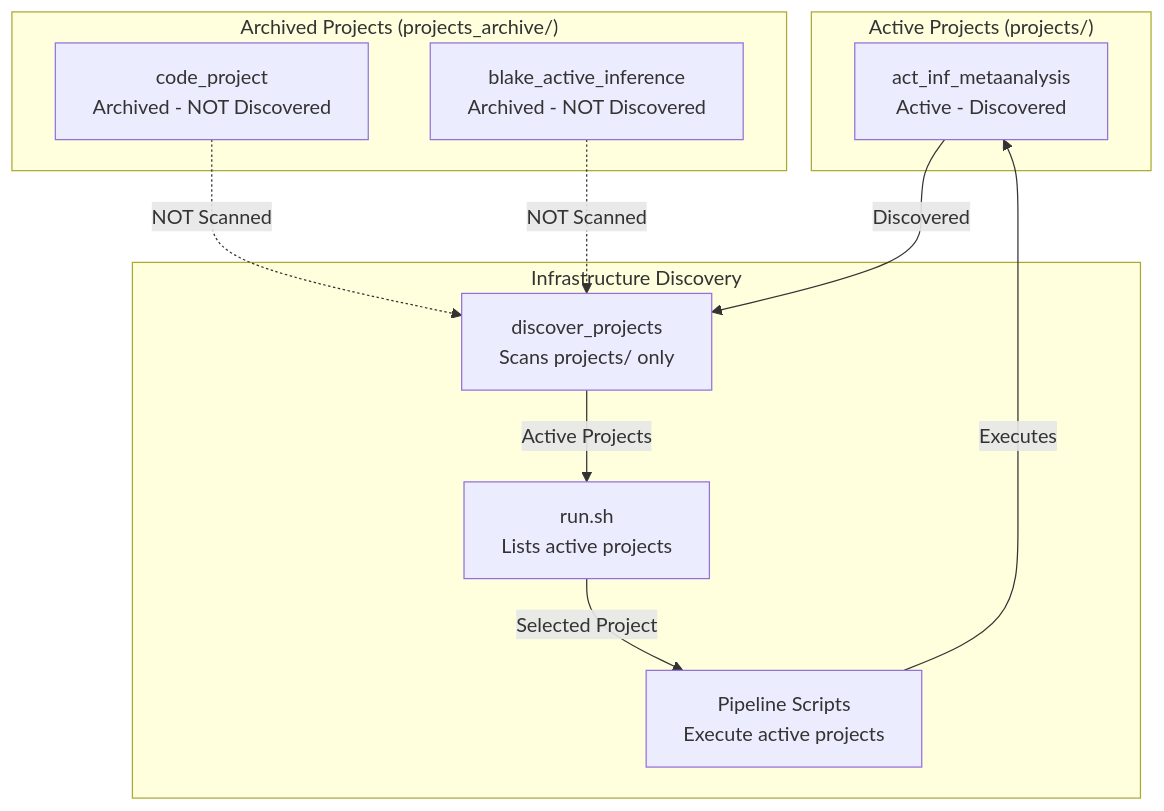
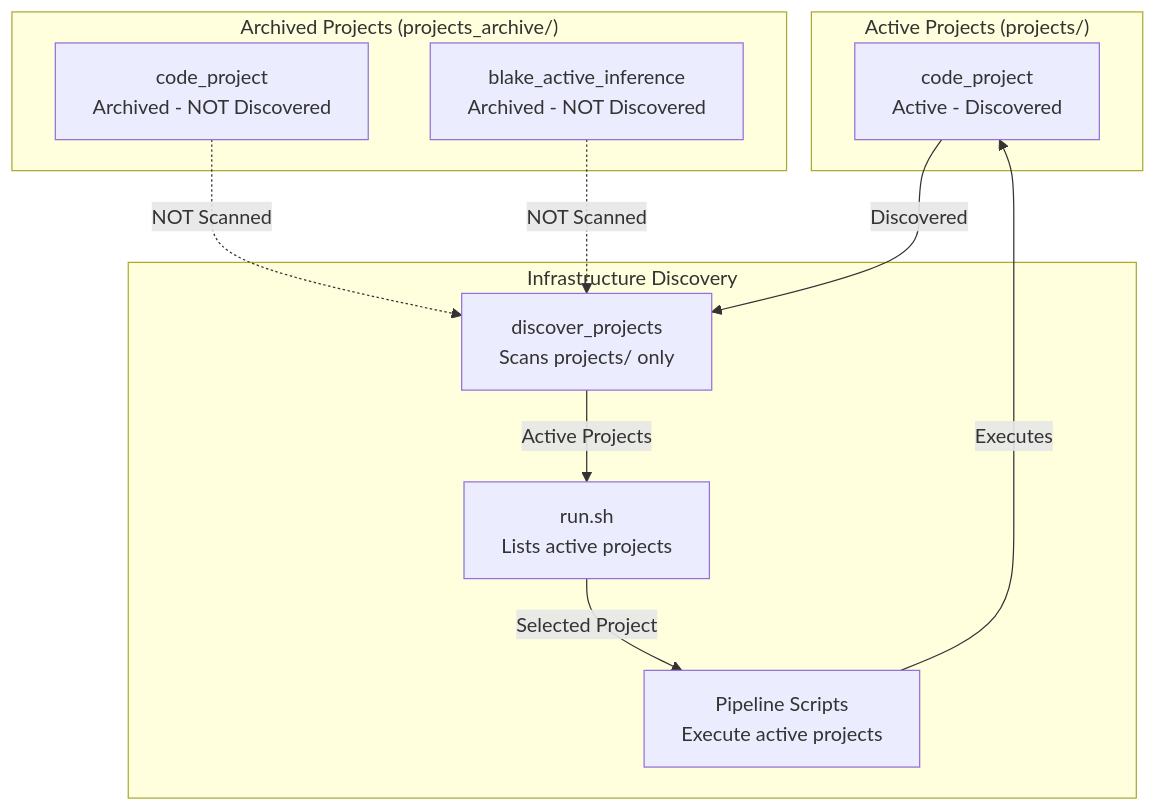
One commit to docxology/template changed the diagram in projects/AGENTS.md. Above: the diagram before and after it, drawn with Mermaid. The commit also changed other lines of this file and 787 other files, not shown here.

````diff
--- a/projects/AGENTS.md
+++ b/projects/AGENTS.md
@@ -61,25 +61,25 @@
 ```mermaid
 graph TD
     subgraph Active["Active Projects (projects/)"]
-        P1[act_inf_metaanalysis<br/>Active - Discovered]
+        P1[code_project<br/>Active - Discovered]
     end
 
     subgraph Archive["Archived Projects (projects_archive/)"]
         A1[code_project<br/>Archived - NOT Discovered]
         A2[blake_active_inference<br/>Archived - NOT Discovered]
     end
 
     subgraph Infrastructure["Infrastructure Discovery"]
         DISCOVER[discover_projects<br/>Scans projects/ only]
         RUNSH[run.sh<br/>Lists active projects]
         PIPELINE[Pipeline Scripts<br/>Execute active projects]
     end
 
     P1 -->|Discovered| DISCOVER
     A1 -.->|NOT Scanned| DISCOVER
     A2 -.->|NOT Scanned| DISCOVER
 
     DISCOVER -->|Active Projects| RUNSH
     RUNSH -->|Selected Project| PIPELINE
     PIPELINE -->|Executes| P1
 ```
````
